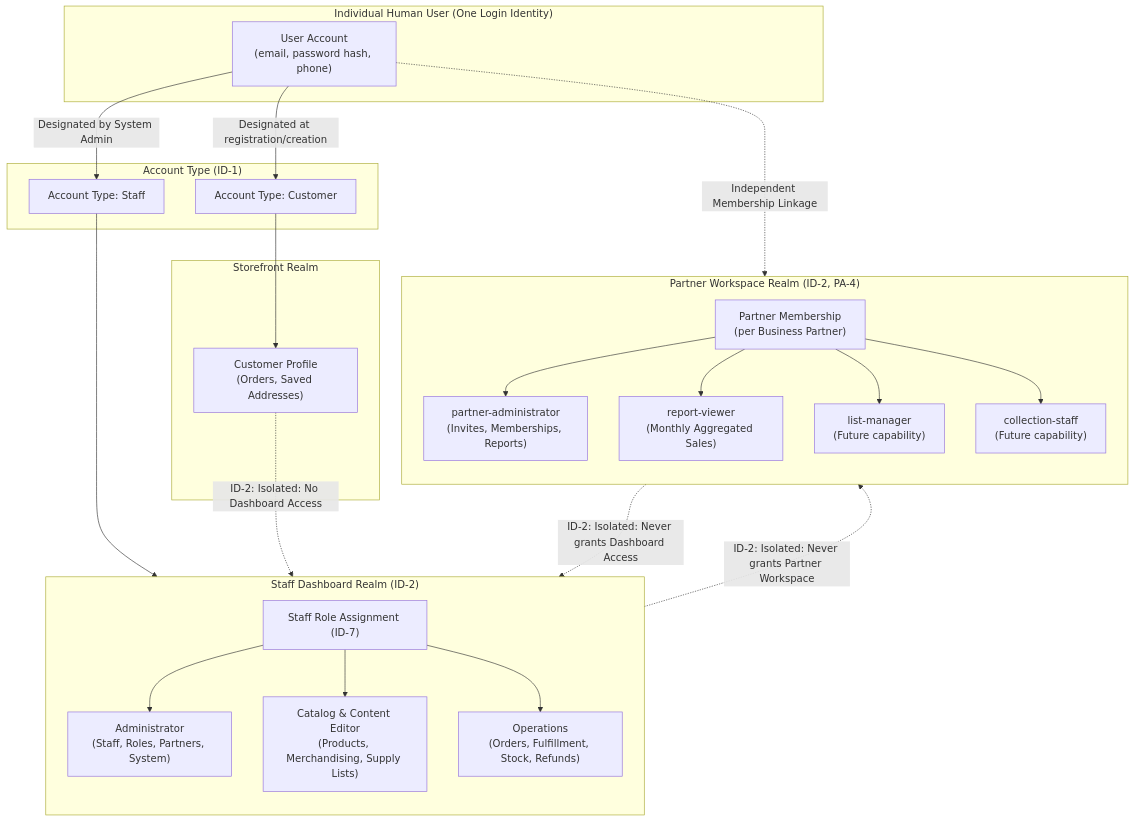
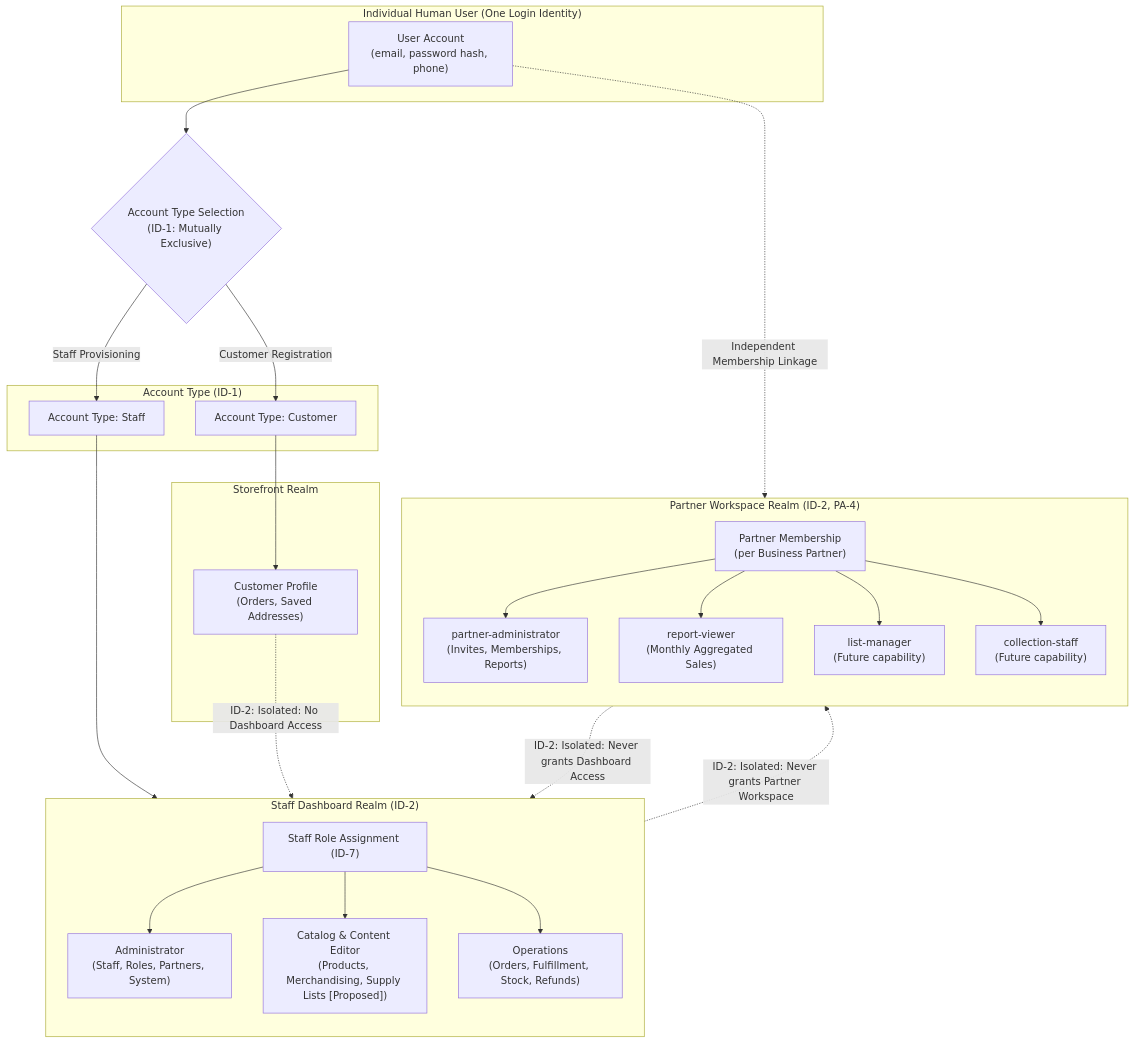
One commit to 3mrhussein/findeg changed the first of 2 diagrams in docs/business/identity-and-administration.md. Above: the diagram before and after it, drawn with Mermaid. The commit also changed other lines of this file and 10 other files, not shown here.

````diff
--- a/docs/business/identity-and-administration.md
+++ b/docs/business/identity-and-administration.md
@@ -50,52 +50,53 @@
 ```mermaid
 flowchart TB
     subgraph NaturalPerson["Individual Human User (One Login Identity)"]
         Person["User Account<br/>(email, password hash, phone)"]
     end
 
     subgraph AccountTypeSplit["Account Type (ID-1)"]
         CustomerType["Account Type: Customer"]
         StaffType["Account Type: Staff"]
     end
 
     subgraph StaffRealm["Staff Dashboard Realm (ID-2)"]
         direction TB
         StaffRoleAssignment["Staff Role Assignment (ID-7)"]
         Role_Admin["Administrator<br/>(Staff, Roles, Partners, System)"]
-        Role_Editor["Catalog & Content Editor<br/>(Products, Merchandising, Supply Lists)"]
+        Role_Editor["Catalog & Content Editor<br/>(Products, Merchandising, Supply Lists [Proposed])"]
         Role_Ops["Operations<br/>(Orders, Fulfillment, Stock, Refunds)"]
     end
 
     subgraph PartnerRealm["Partner Workspace Realm (ID-2, PA-4)"]
         direction TB
         Membership["Partner Membership<br/>(per Business Partner)"]
         PR_Admin["partner-administrator<br/>(Invites, Memberships, Reports)"]
         PR_Viewer["report-viewer<br/>(Monthly Aggregated Sales)"]
         PR_List["list-manager<br/>(Future capability)"]
         PR_Col["collection-staff<br/>(Future capability)"]
     end
 
     subgraph StorefrontRealm["Storefront Realm"]
         CustomerProfile["Customer Profile<br/>(Orders, Saved Addresses)"]
     end
 
-    Person -->|Designated at registration/creation| CustomerType
-    Person -->|Designated by System Admin| StaffType
+    Person --> AccountChoice{"Account Type Selection<br/>(ID-1: Mutually Exclusive)"}
+    AccountChoice -->|Customer Registration| CustomerType
+    AccountChoice -->|Staff Provisioning| StaffType
 
     StaffType --> StaffRoleAssignment
     StaffRoleAssignment --> Role_Admin
     StaffRoleAssignment --> Role_Editor
     StaffRoleAssignment --> Role_Ops
 
     CustomerType --> CustomerProfile
 
     Person -.->|Independent Membership Linkage| Membership
     Membership --> PR_Admin
     Membership --> PR_Viewer
     Membership --> PR_List
     Membership --> PR_Col
 
     CustomerProfile -.->|ID-2: Isolated: No Dashboard Access| StaffRealm
     StaffRealm -.->|ID-2: Isolated: Never grants Partner Workspace| PartnerRealm
     PartnerRealm -.->|ID-2: Isolated: Never grants Dashboard Access| StaffRealm
 ```
````
